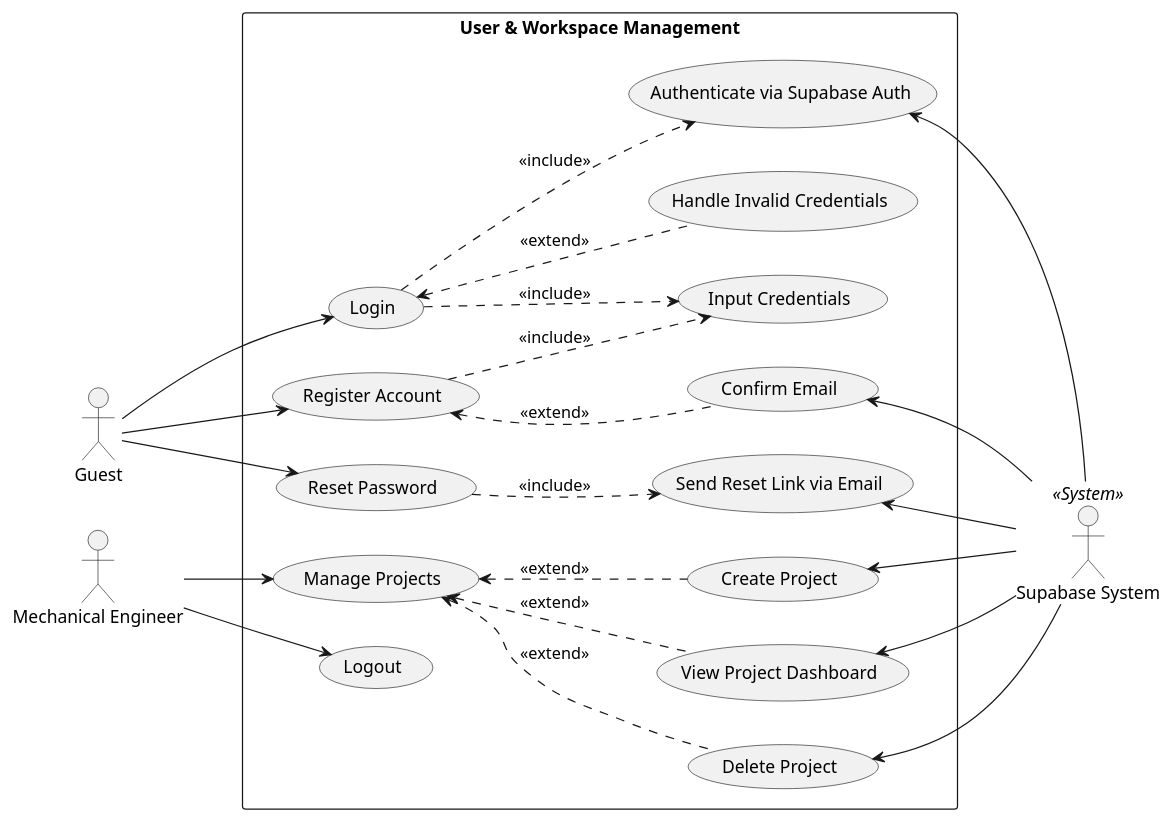
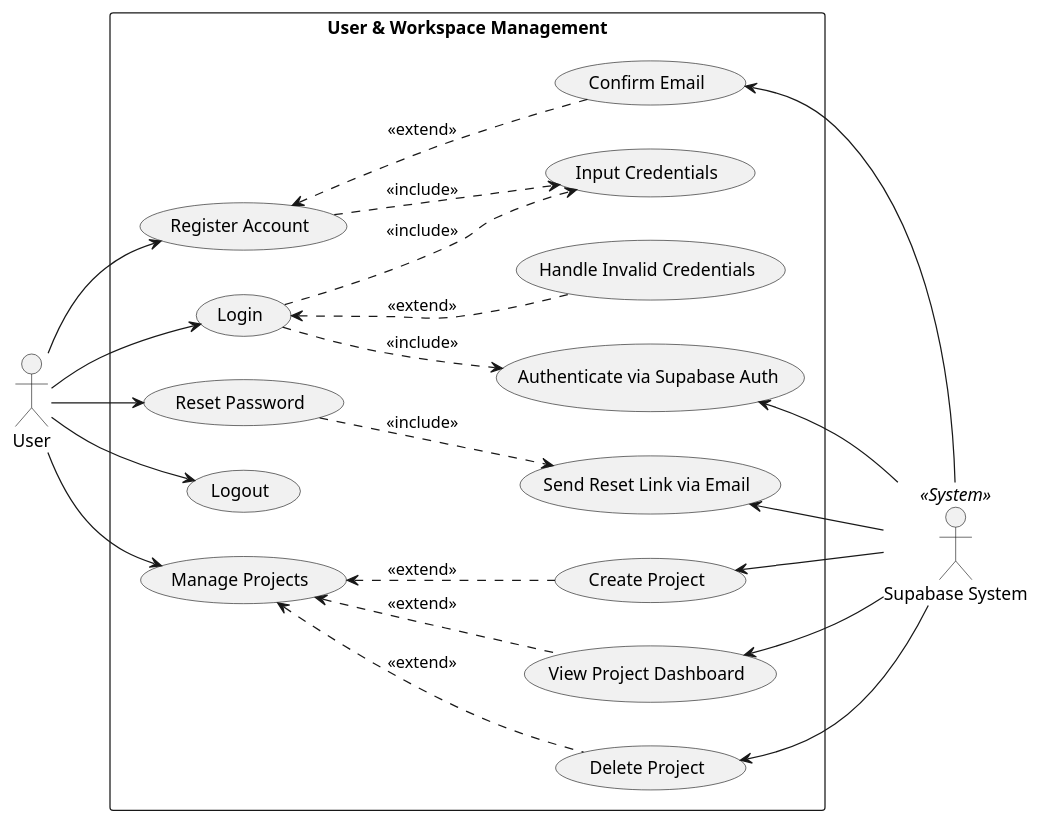
The diagram in docs/uml/uc_user.puml (dvydinh/mechdrive), drawn with PlantUML before and after one commit. The commit also changed 4 other files, not shown here.

```diff
--- a/docs/uml/uc_user.puml
+++ b/docs/uml/uc_user.puml
@@ -1,57 +1,53 @@
 @startuml
 left to right direction
 skinparam packageStyle rectangle
 
-together {
-  actor "Guest" as guest
-  actor "Mechanical Engineer" as eng
-}
-
+actor "User" as user
 actor "Supabase System" as supa << System >>
 
 package "User & Workspace Management" {
   together {
     usecase "Register Account" as UC1
     usecase "Login" as UC2
     usecase "Reset Password" as UC3
     usecase "Logout" as UC6
     usecase "Manage Projects" as UC4
   }
   
   usecase "Input Credentials" as UC1_1
   usecase "Confirm Email" as UC1_3
   usecase "Authenticate via Supabase Auth" as UC2_1
   usecase "Handle Invalid Credentials" as UC2_2
   usecase "Send Reset Link via Email" as UC3_1
   usecase "Create Project" as UC4_1
   usecase "Delete Project" as UC4_3
   usecase "View Project Dashboard" as UC4_4
 }
 
-guest --> UC1
+user --> UC1
 UC1 ..> UC1_1 : <<include>>
 UC1 <.. UC1_3 : <<extend>>
 
-guest --> UC2
+user --> UC2
 UC2 ..> UC1_1 : <<include>>
 UC2 ..> UC2_1 : <<include>>
 UC2 <.. UC2_2 : <<extend>>
 
-guest --> UC3
+user --> UC3
 UC3 ..> UC3_1 : <<include>>
 
-eng --> UC6
+user --> UC6
 
-eng --> UC4
+user --> UC4
 UC4 <.. UC4_1 : <<extend>>
 UC4 <.. UC4_3 : <<extend>>
 UC4 <.. UC4_4 : <<extend>>
 
 UC1_3 <-- supa
 UC2_1 <-- supa
 UC3_1 <-- supa
 UC4_1 <-- supa
 UC4_3 <-- supa
 UC4_4 <-- supa
 
 @enduml
```
